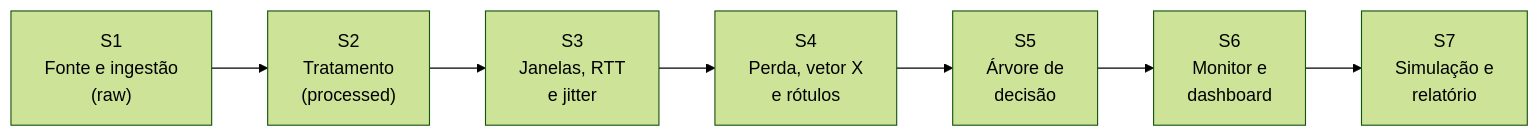
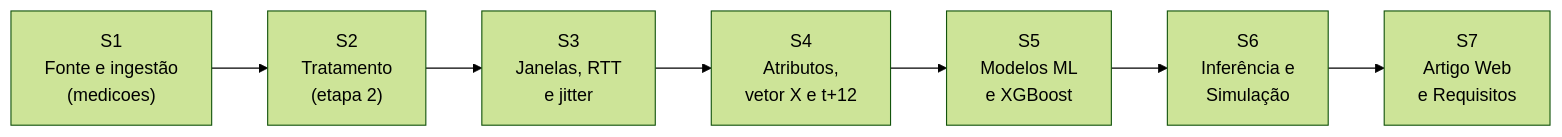
Before and after one commit to Hestrela/project-redes: the diagram in scrum_framework.md, drawn with Mermaid (forest theme). The commit also changed other lines of this file and 9 other files, not shown here.

Commit message:
docs: criação dos diagramas e requisitos e atualização do scrum e readme

````diff
--- a/scrum_framework.md
+++ b/scrum_framework.md
@@ -61,9 +60,9 @@
 ```mermaid
 flowchart LR
-    S1["S1<br/>Fonte e ingestão<br/>(raw)"] --> S2["S2<br/>Tratamento<br/>(processed)"]
+    S1["S1<br/>Fonte e ingestão<br/>(medicoes)"] --> S2["S2<br/>Tratamento<br/>(etapa 2)"]
     S2 --> S3["S3<br/>Janelas, RTT<br/>e jitter"]
-    S3 --> S4["S4<br/>Perda, vetor X<br/>e rótulos"]
-    S4 --> S5["S5<br/>Árvore de<br/>decisão"]
-    S5 --> S6["S6<br/>Monitor e<br/>dashboard"]
-    S6 --> S7["S7<br/>Simulação e<br/>relatório"]
+    S3 --> S4["S4<br/>Atributos,<br/>vetor X e t+12"]
+    S4 --> S5["S5<br/>Modelos ML<br/>e XGBoost"]
+    S5 --> S6["S6<br/>Inferência e<br/>Simulação"]
+    S6 --> S7["S7<br/>Artigo Web<br/>e Requisitos"]
 ```
````
